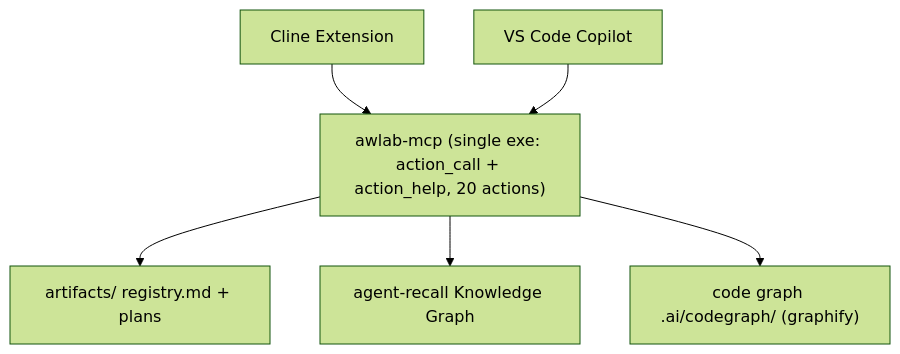
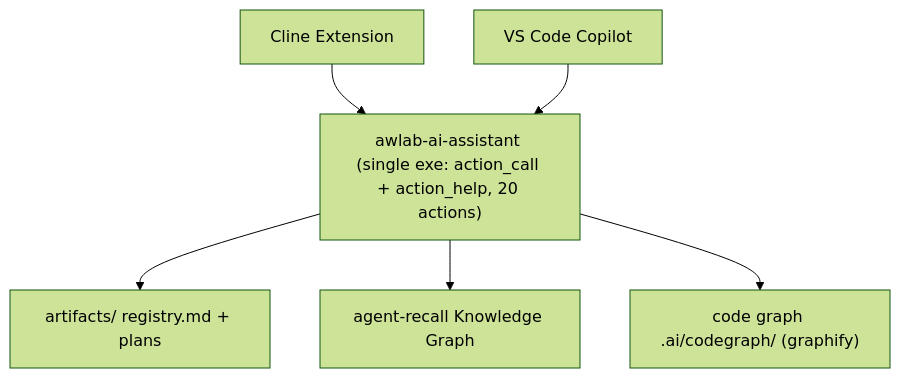
The diagram in README.md (awsomplak/awlab-ai-assistant), drawn with Mermaid (forest theme) before and after one commit. The commit also changed other lines of this file and 17 other files, not shown here.

Commit message:
[upd] Rename awlab-mcp skill + docs/rules to awlab-ai-assistant

````diff
--- a/README.md
+++ b/README.md
@@ -29,15 +29,15 @@
 ```mermaid
 graph TB
   CL["Cline Extension"]
   CP["VS Code Copilot"]
-  AM["awlab-mcp (single exe: action_call + action_help, 20 actions)"]
+  AM["awlab-ai-assistant (single exe: action_call + action_help, 20 actions)"]
   ART["artifacts/ registry.md + plans"]
   AG["agent-recall Knowledge Graph"]
   CG["code graph .ai/codegraph/ (graphify)"]
 
   CL --> AM
   CP --> AM
   AM --> ART
   AM --> AG
   AM --> CG
 ```
````
